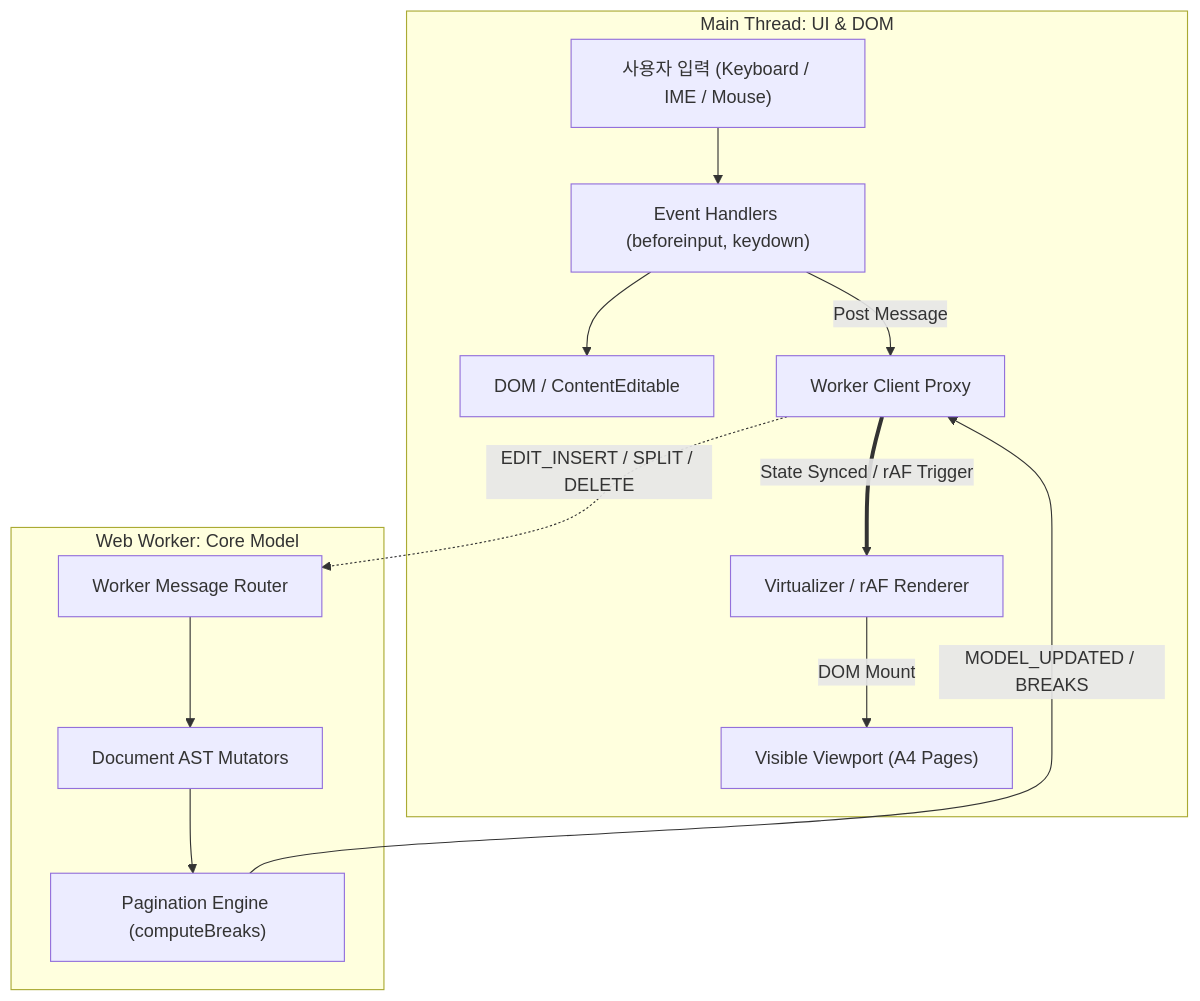
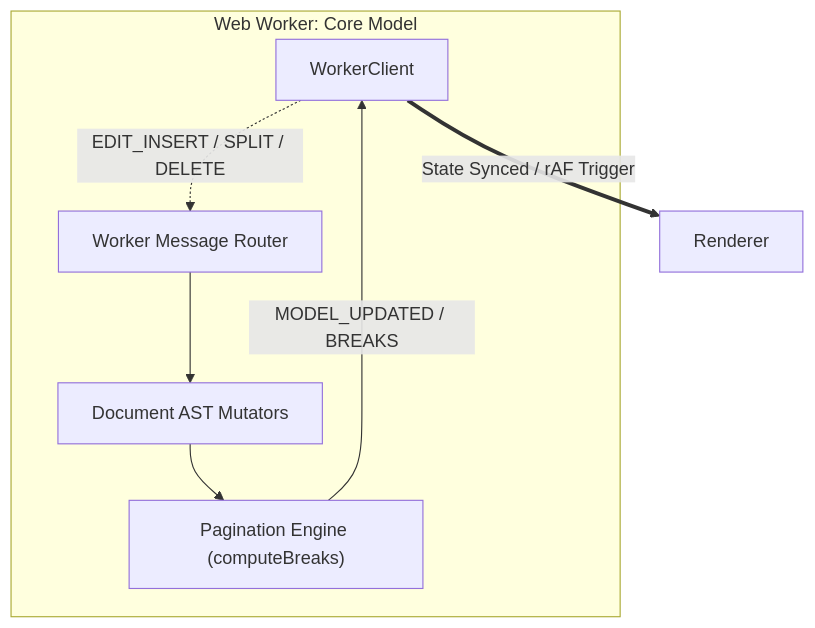
Before and after one commit to matthewb2/webdoc3: the diagram in README.md, drawn with Mermaid. The commit also changed 4 other files, not shown here.

````diff
--- a/README.md
+++ b/README.md
@@ -17,19 +17,12 @@
 ```mermaid
 graph TD
-    subgraph Main Thread [Main Thread: UI & DOM]
-        User["사용자 입력 (Keyboard / IME / Mouse)"] --> Events["Event Handlers (beforeinput, keydown)"]
-        Events --> DOM["DOM / ContentEditable"]
-        Events -->|Post Message| WorkerClient["Worker Client Proxy"]
-
-        Renderer["Virtualizer / rAF Renderer"] -->|DOM Mount| Viewport["Visible Viewport (A4 Pages)"]
-    end
 
     subgraph Web Worker Thread [Web Worker: Core Model]
         WorkerClient -.->|EDIT_INSERT / SPLIT / DELETE| WorkerCore["Worker Message Router"]
         WorkerCore --> Mutators["Document AST Mutators"]
         Mutators --> Pagination["Pagination Engine (computeBreaks)"]
         Pagination -->|MODEL_UPDATED / BREAKS| WorkerClient
     end
 
     WorkerClient ==>|State Synced / rAF Trigger| Renderer
 ```
````
